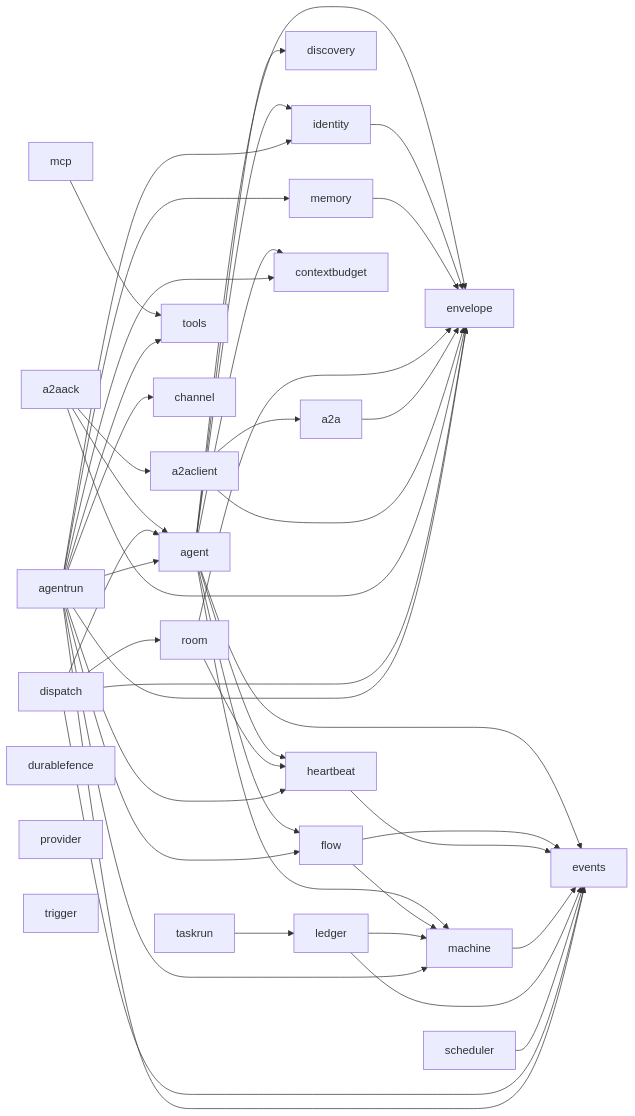
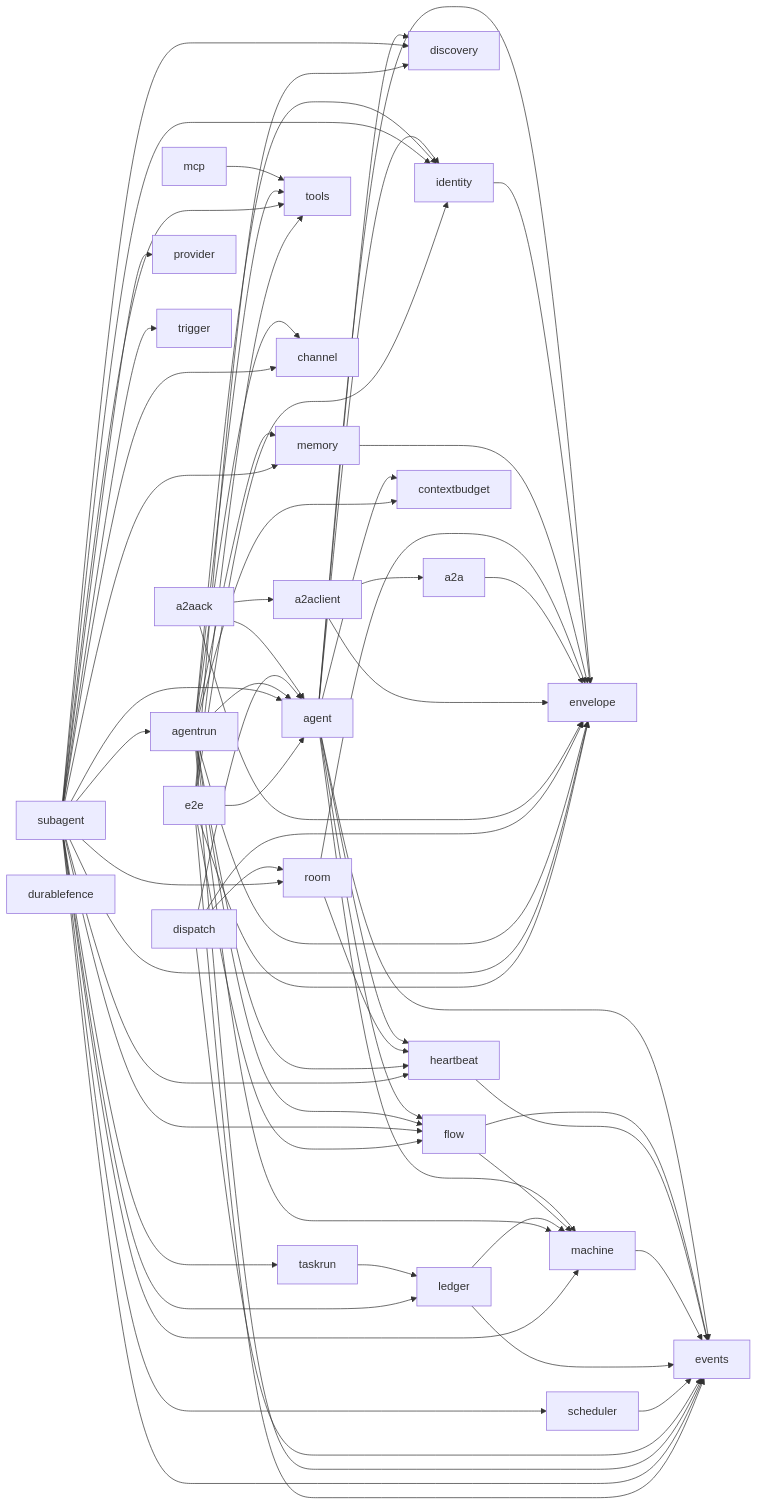
One commit to MiviaLabs/mivia-ai-sdk changed the first of 2 diagrams in docs/architecture.md. Above: the diagram before and after it, drawn with Mermaid. The commit also changed other lines of this file and 4 other files, not shown here.

````diff
--- a/docs/architecture.md
+++ b/docs/architecture.md
@@ -27,53 +27,78 @@
 ```mermaid
 flowchart LR
     agent --> identity
     agent --> discovery
     agent --> flow
     agent --> envelope
     agent --> events
     agent --> machine
     agent --> heartbeat
     agent --> contextbudget
     flow --> events
     flow --> machine
     heartbeat --> events
     identity --> envelope
     machine --> events
     ledger --> machine
     ledger --> events
     memory --> envelope
     room --> envelope
     room --> heartbeat
     a2a --> envelope
     a2aclient --> a2a
     a2aclient --> envelope
     mcp --> tools
     scheduler --> events
     a2aack --> a2aclient
     a2aack --> agent
     a2aack --> envelope
     dispatch --> agent
     dispatch --> envelope
     dispatch --> events
     dispatch --> room
     agentrun --> agent
     agentrun --> channel
     agentrun --> contextbudget
     agentrun --> envelope
     agentrun --> events
     agentrun --> flow
     agentrun --> heartbeat
     agentrun --> identity
     agentrun --> machine
     agentrun --> memory
     agentrun --> tools
     taskrun --> ledger
+    subagent --> agent
+    subagent --> agentrun
+    subagent --> channel
+    subagent --> discovery
+    subagent --> envelope
+    subagent --> events
+    subagent --> flow
+    subagent --> heartbeat
+    subagent --> identity
+    subagent --> ledger
+    subagent --> machine
+    subagent --> memory
+    subagent --> provider
+    subagent --> room
+    subagent --> scheduler
+    subagent --> taskrun
+    subagent --> tools
+    subagent --> trigger
+    e2e --> agent
+    e2e --> discovery
+    e2e --> envelope
+    e2e --> events
+    e2e --> flow
+    e2e --> identity
+    e2e --> tools
     contextbudget[contextbudget]
     discovery[discovery]
     durablefence[durablefence]
     envelope[envelope]
     events[events]
     provider[provider]
     tools[tools]
     trigger[trigger]
 ```
````
